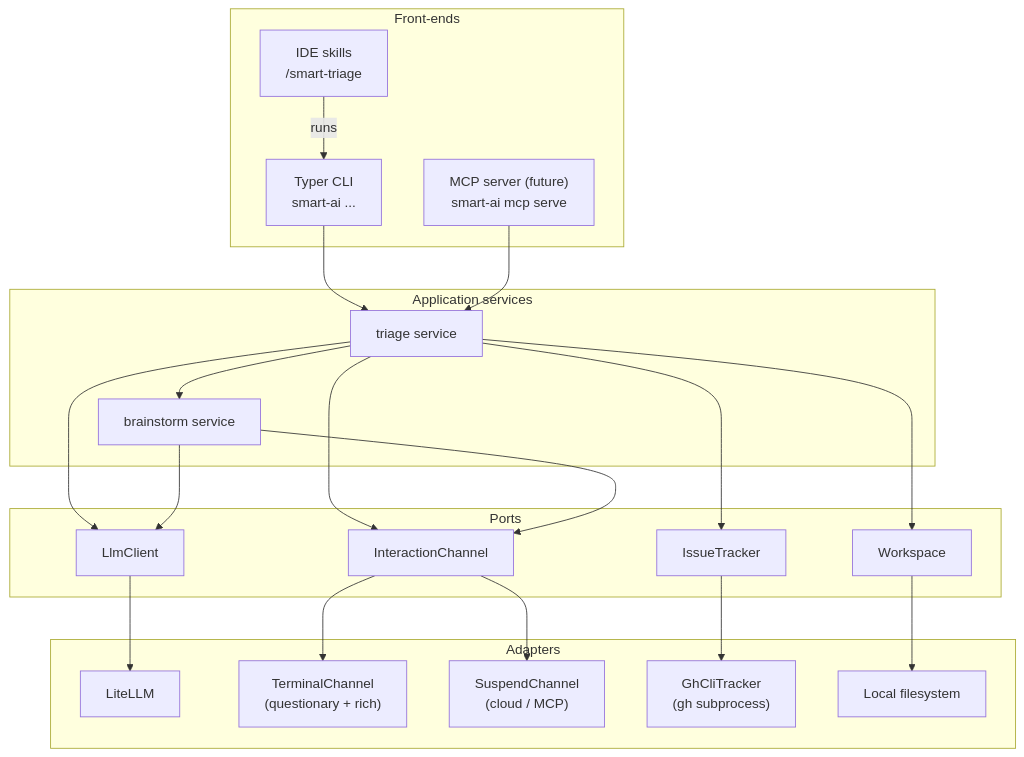
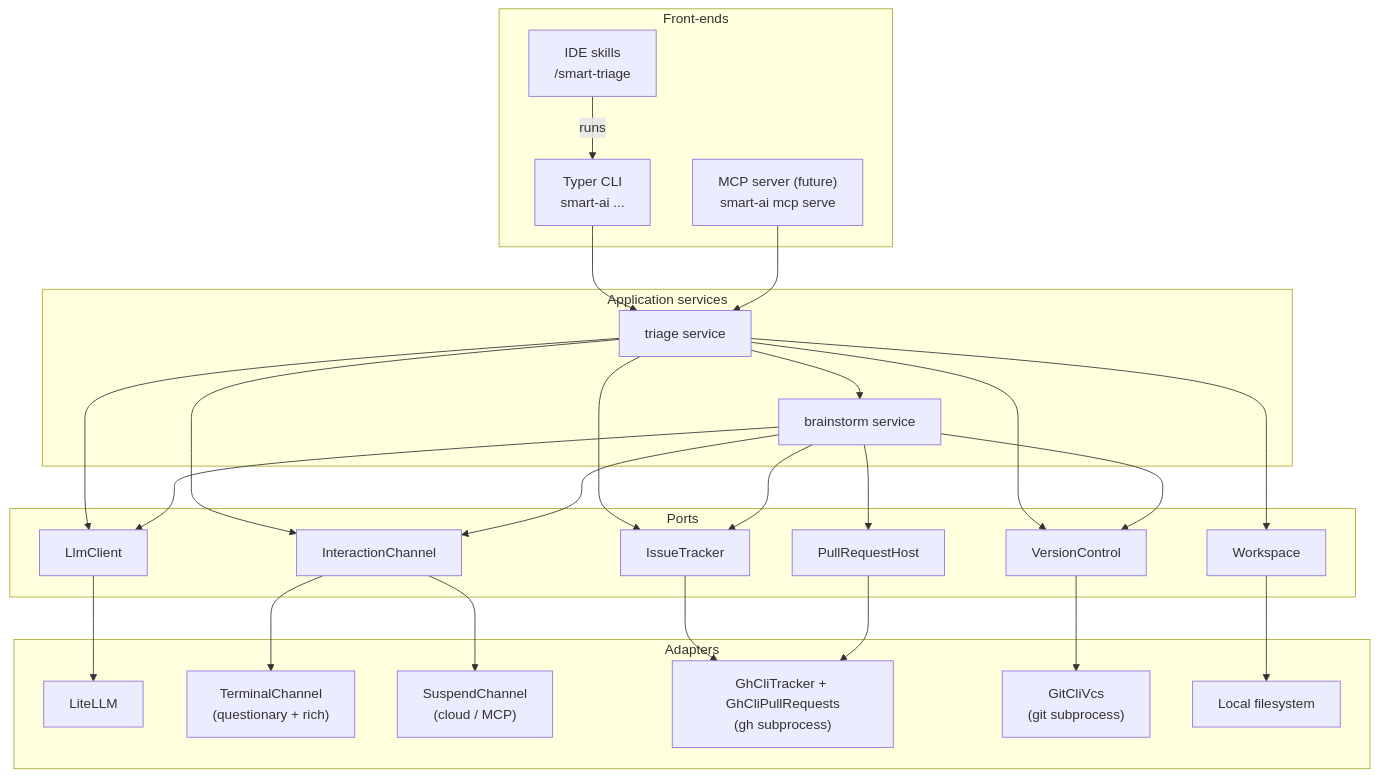
Before and after one commit to fletort/smart-ai-factory: the diagram in docs/specs/cli_core.md, drawn with Mermaid. The commit also changed other lines of this file and 1 other file, not shown here.

````diff
--- a/docs/specs/cli_core.md
+++ b/docs/specs/cli_core.md
@@ -23,38 +23,43 @@
 ```mermaid
 graph TD
     subgraph "Front-ends"
         CLI["Typer CLI<br/>smart-ai ..."]
         MCP["MCP server (future)<br/>smart-ai mcp serve"]
         SKILL["IDE skills<br/>/smart-triage"] -->|runs| CLI
     end
 
     subgraph "Application services"
         TRIAGE["triage service"]
         BRAIN["brainstorm service"]
     end
 
     subgraph "Ports"
         LLM["LlmClient"]
         INTER["InteractionChannel"]
         TRACK["IssueTracker"]
+        PRH["PullRequestHost"]
+        VCS["VersionControl"]
         WS["Workspace"]
     end
 
     subgraph "Adapters"
         LITE["LiteLLM"]
         TTY["TerminalChannel<br/>(questionary + rich)"]
         HEAD["SuspendChannel<br/>(cloud / MCP)"]
-        GH["GhCliTracker<br/>(gh subprocess)"]
+        GH["GhCliTracker + GhCliPullRequests<br/>(gh subprocess)"]
+        GIT["GitCliVcs<br/>(git subprocess)"]
         FS["Local filesystem"]
     end
 
     CLI --> TRIAGE
     MCP --> TRIAGE
     TRIAGE --> BRAIN
-    TRIAGE --> LLM & INTER & TRACK & WS
-    BRAIN --> LLM & INTER
+    TRIAGE --> LLM & INTER & TRACK & VCS & WS
+    BRAIN --> LLM & INTER & TRACK & PRH & VCS
     LLM --> LITE
     INTER --> TTY & HEAD
     TRACK --> GH
+    PRH --> GH
+    VCS --> GIT
     WS --> FS
 ```
````
